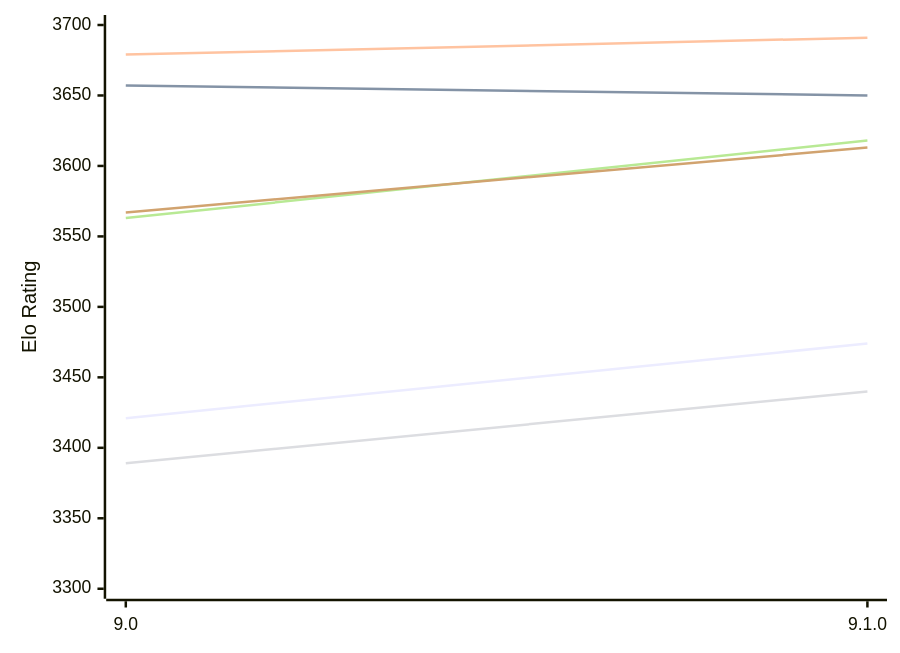
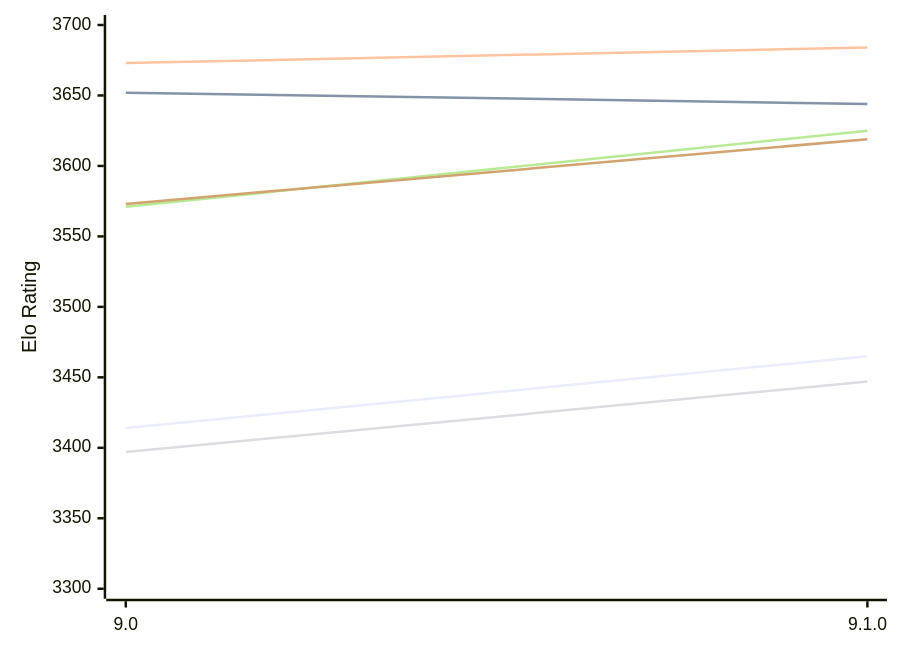
Before and after one commit to computer-chess-index/cci: the first of 2 diagrams in engines/Alexandria.md, drawn with Mermaid. The commit also changed other lines of this file, not shown here.

Commit message:
Update CCI Ratings (ELO VLTC) - 2026-11-18

````diff
--- a/engines/Alexandria.md
+++ b/engines/Alexandria.md
@@ -54,12 +54,12 @@
 ```mermaid
 %%{init: {"theme":"base","themeVariables":{"seriesColors:['#a3a3a3','#222221','#faa371']}}}%%
 xychart-beta
   x-axis ["9.0", "9.1.0"]
   y-axis "Elo Rating" 3300 --> 3700
-  line "E1: STC (8.0+0.08s)" [3421, 3474]
-  line "E1: LTC (60.0+0.60s)" [3657, 3650]
-  line "E1: VLTC (2m24s+1.12s)" [3679, 3691]
-  line "P1: STC (8.0+0.08s)" [3389, 3440]
-  line "P1: LTC (60.0+0.60s)" [3563, 3618]
-  line "P1: VLTC (2m24s+1.12s)" [3567, 3613]
+  line "E1: STC (8.0+0.08s)" [3414, 3465]
+  line "E1: LTC (60.0+0.60s)" [3652, 3644]
+  line "E1: VLTC (2m24s+1.12s)" [3673, 3684]
+  line "P1: STC (8.0+0.08s)" [3397, 3447]
+  line "P1: LTC (60.0+0.60s)" [3571, 3625]
+  line "P1: VLTC (2m24s+1.12s)" [3573, 3619]
 ```
````
